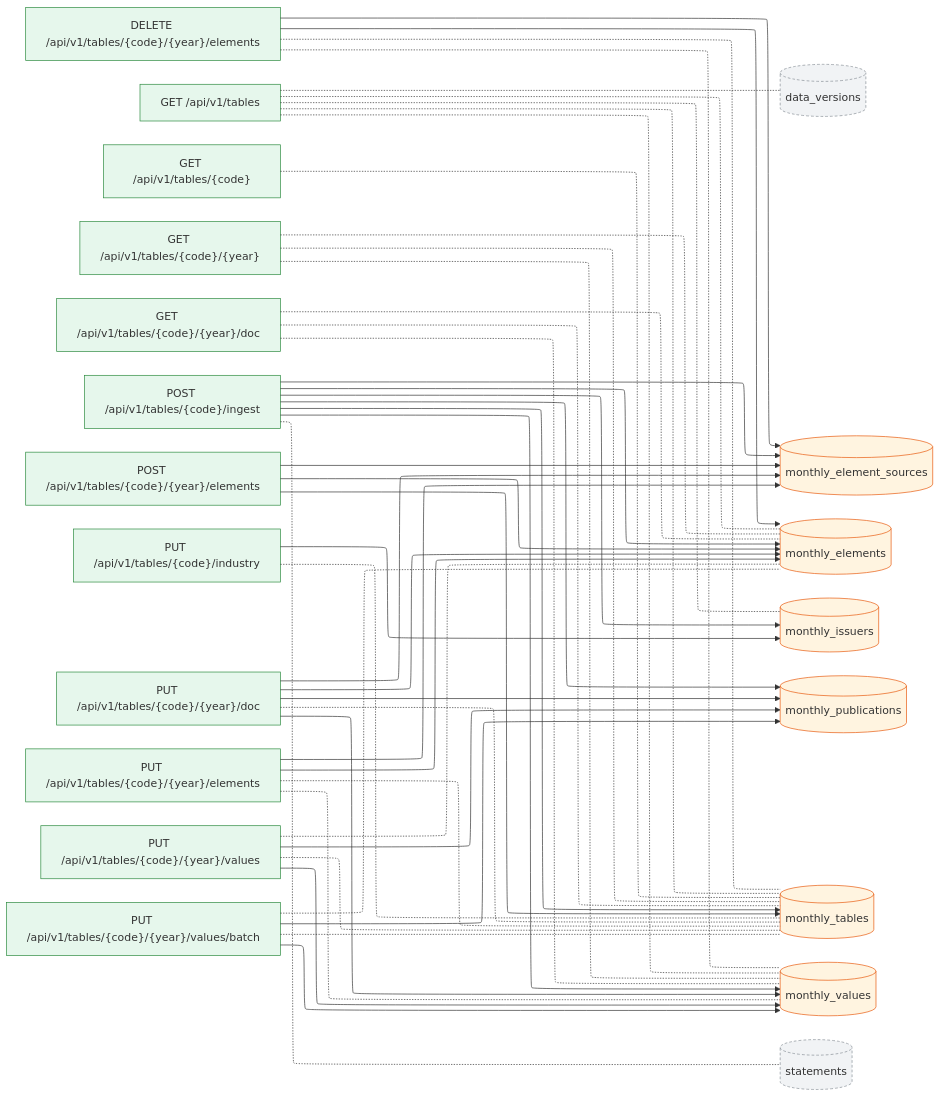
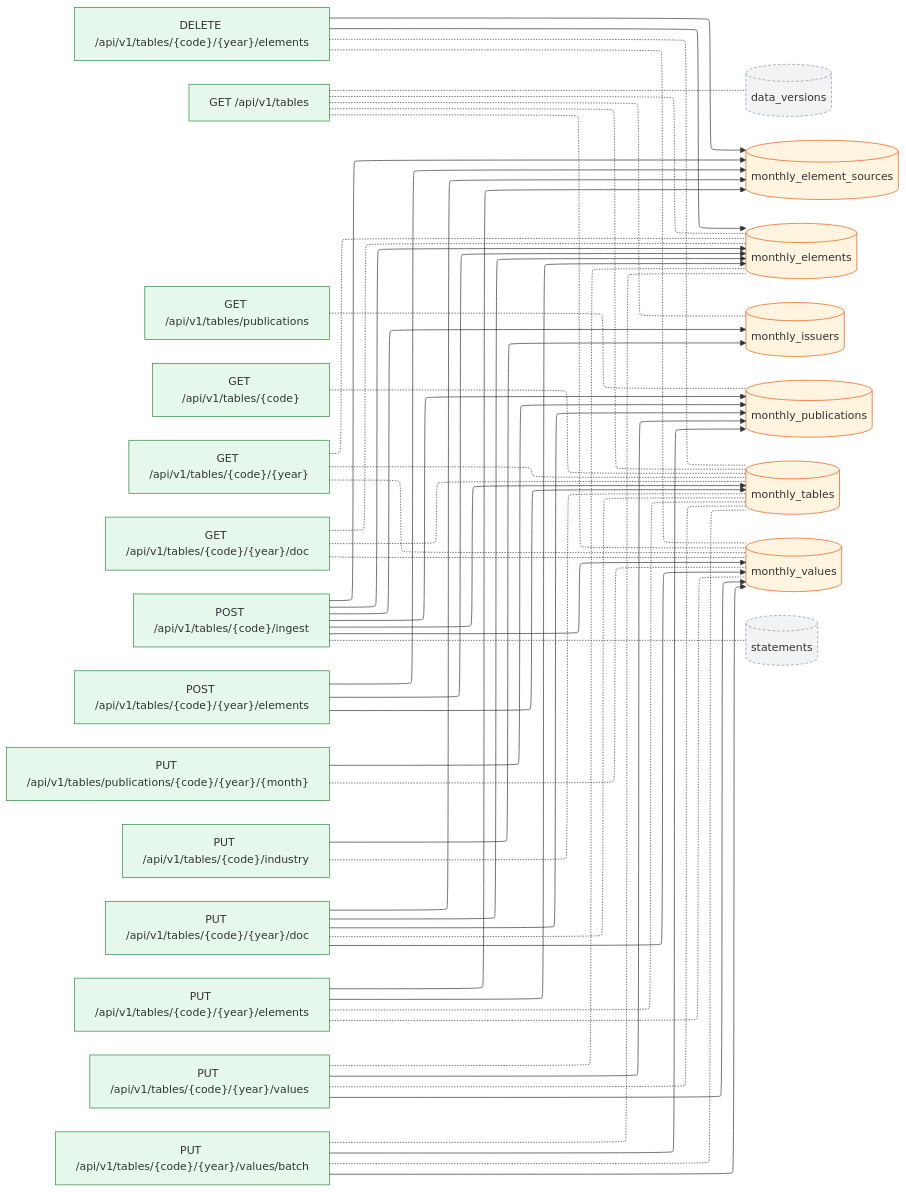
The second of 2 diagrams in docs/dataflow/monthly.md (pekumirui/stock-analyzer), drawn with Mermaid before and after one commit. The commit also changed other lines of this file and 21 other files, not shown here.

````diff
--- a/docs/dataflow/monthly.md
+++ b/docs/dataflow/monthly.md
@@ -82,76 +82,81 @@
 ```mermaid
 ---
 config:
   layout: elk
 ---
 flowchart LR
   n0["DELETE /api/v1/tables/{code}/{year}/elements"]:::api
   n1["GET /api/v1/tables"]:::api
-  n2["GET /api/v1/tables/{code}"]:::api
-  n3["GET /api/v1/tables/{code}/{year}"]:::api
-  n4["GET /api/v1/tables/{code}/{year}/doc"]:::api
-  n5["POST /api/v1/tables/{code}/ingest"]:::api
-  n6["POST /api/v1/tables/{code}/{year}/elements"]:::api
-  n7["PUT /api/v1/tables/{code}/industry"]:::api
-  n8["PUT /api/v1/tables/{code}/{year}/doc"]:::api
-  n9["PUT /api/v1/tables/{code}/{year}/elements"]:::api
-  n10["PUT /api/v1/tables/{code}/{year}/values"]:::api
-  n11["PUT /api/v1/tables/{code}/{year}/values/batch"]:::api
-  n12[("data_versions")]:::ext
-  n13[("monthly_element_sources")]:::tbl
-  n14[("monthly_elements")]:::tbl
-  n15[("monthly_issuers")]:::tbl
-  n16[("monthly_publications")]:::tbl
-  n17[("monthly_tables")]:::tbl
-  n18[("monthly_values")]:::tbl
-  n19[("statements")]:::ext
-  n0 --> n13
-  n0 --> n14
-  n0 -.- n17
-  n0 -.- n18
-  n1 -.- n12
+  n2["GET /api/v1/tables/publications"]:::api
+  n3["GET /api/v1/tables/{code}"]:::api
+  n4["GET /api/v1/tables/{code}/{year}"]:::api
+  n5["GET /api/v1/tables/{code}/{year}/doc"]:::api
+  n6["POST /api/v1/tables/{code}/ingest"]:::api
+  n7["POST /api/v1/tables/{code}/{year}/elements"]:::api
+  n8["PUT /api/v1/tables/publications/{code}/{year}/{month}"]:::api
+  n9["PUT /api/v1/tables/{code}/industry"]:::api
+  n10["PUT /api/v1/tables/{code}/{year}/doc"]:::api
+  n11["PUT /api/v1/tables/{code}/{year}/elements"]:::api
+  n12["PUT /api/v1/tables/{code}/{year}/values"]:::api
+  n13["PUT /api/v1/tables/{code}/{year}/values/batch"]:::api
+  n14[("data_versions")]:::ext
+  n15[("monthly_element_sources")]:::tbl
+  n16[("monthly_elements")]:::tbl
+  n17[("monthly_issuers")]:::tbl
+  n18[("monthly_publications")]:::tbl
+  n19[("monthly_tables")]:::tbl
+  n20[("monthly_values")]:::tbl
+  n21[("statements")]:::ext
+  n0 --> n15
+  n0 --> n16
+  n0 -.- n19
+  n0 -.- n20
   n1 -.- n14
-  n1 -.- n15
+  n1 -.- n16
   n1 -.- n17
-  n1 -.- n18
-  n2 -.- n17
-  n3 -.- n14
-  n3 -.- n17
-  n3 -.- n18
-  n4 -.- n14
-  n4 -.- n17
-  n4 -.- n18
-  n5 --> n13
-  n5 --> n14
-  n5 --> n15
-  n5 --> n16
-  n5 --> n17
-  n5 --> n18
+  n1 -.- n19
+  n1 -.- n20
+  n2 -.- n18
+  n3 -.- n19
+  n4 -.- n16
+  n4 -.- n19
+  n4 -.- n20
+  n5 -.- n16
   n5 -.- n19
-  n6 --> n13
-  n6 --> n14
+  n5 -.- n20
+  n6 --> n15
+  n6 --> n16
   n6 --> n17
+  n6 --> n18
+  n6 --> n19
+  n6 --> n20
+  n6 -.- n21
   n7 --> n15
-  n7 -.- n17
-  n8 --> n13
-  n8 --> n14
-  n8 --> n16
-  n8 -.- n17
+  n7 --> n16
+  n7 --> n19
   n8 --> n18
-  n9 --> n13
-  n9 --> n14
-  n9 -.- n17
-  n9 -.- n18
-  n10 -.- n14
+  n8 -.- n20
+  n9 --> n17
+  n9 -.- n19
+  n10 --> n15
   n10 --> n16
-  n10 -.- n17
   n10 --> n18
-  n11 -.- n14
+  n10 -.- n19
+  n10 --> n20
+  n11 --> n15
   n11 --> n16
-  n11 -.- n17
-  n11 --> n18
+  n11 -.- n19
+  n11 -.- n20
+  n12 -.- n16
+  n12 --> n18
+  n12 -.- n19
+  n12 --> n20
+  n13 -.- n16
+  n13 --> n18
+  n13 -.- n19
+  n13 --> n20
   classDef job fill:#e3ecff,stroke:#3b5bdb
   classDef api fill:#e6f7ec,stroke:#2b8a3e
   classDef tbl fill:#fff4e0,stroke:#e8590c
   classDef ext fill:#f1f3f5,stroke:#868e96,stroke-dasharray:4 3
 ```
````
